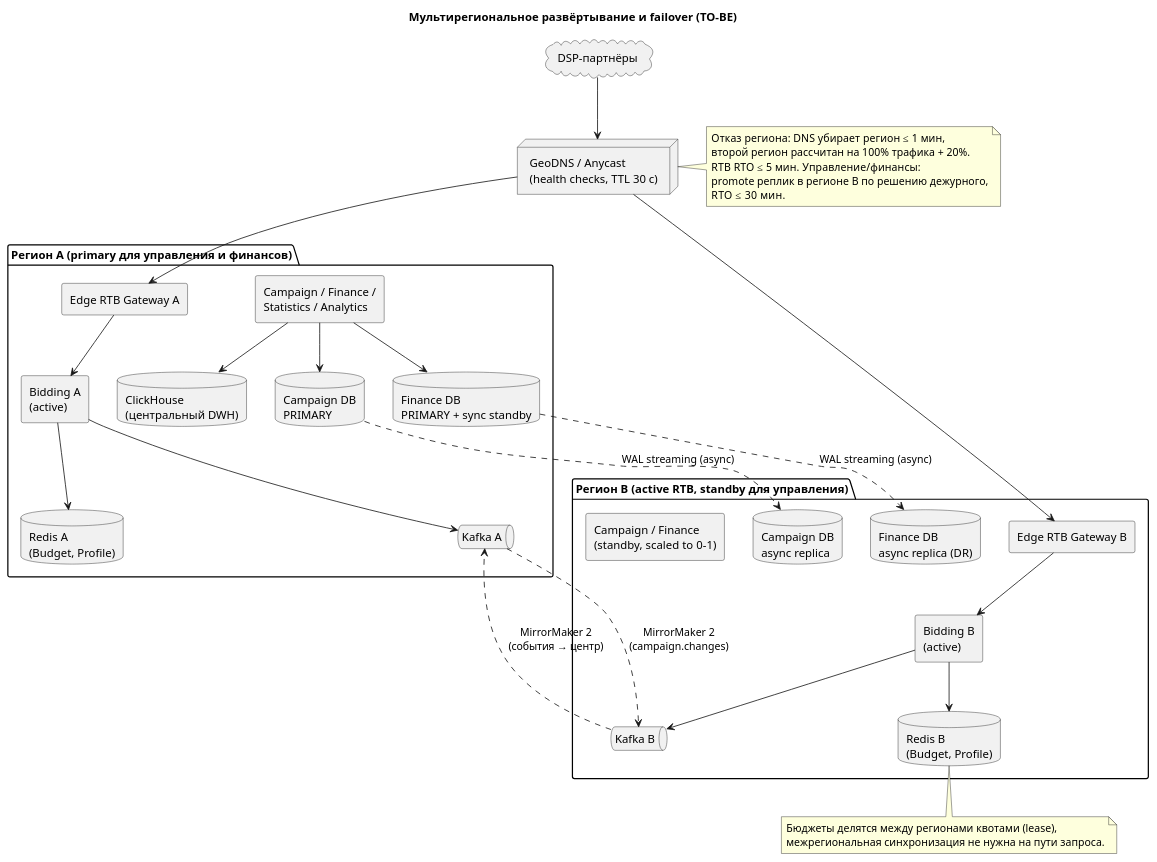
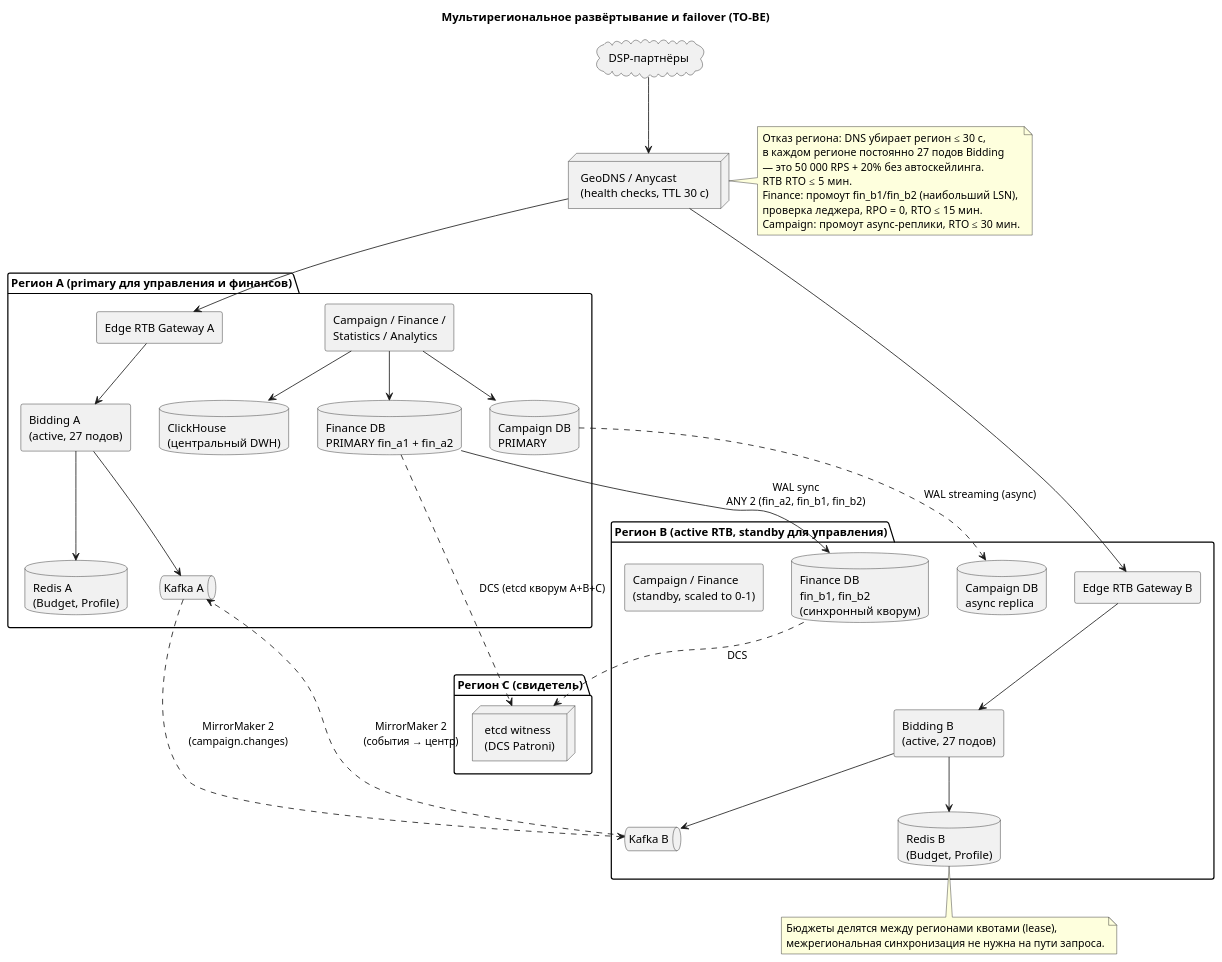
One commit to gru1988/Solution-AdScale changed the diagram in Task3/diagrams/multi-region-failover.puml. Above: the diagram before and after it, drawn with PlantUML. The commit also changed 3 other files, not shown here.

```diff
--- a/Task3/diagrams/multi-region-failover.puml
+++ b/Task3/diagrams/multi-region-failover.puml
@@ -1,60 +1,69 @@
 @startuml
 title Мультирегиональное развёртывание и failover (TO-BE)
 
 skinparam componentStyle rectangle
 
 cloud "DSP-партнёры" as dsp
 node "GeoDNS / Anycast\n(health checks, TTL 30 с)" as dns
 
 package "Регион A (primary для управления и финансов)" {
   [Edge RTB Gateway A] as gwA
-  [Bidding A\n(active)] as bidA
+  [Bidding A\n(active, 27 подов)] as bidA
   database "Redis A\n(Budget, Profile)" as redisA
   queue "Kafka A" as kA
   database "Campaign DB\nPRIMARY" as campA
-  database "Finance DB\nPRIMARY + sync standby" as finA
+  database "Finance DB\nPRIMARY fin_a1 + fin_a2" as finA
   database "ClickHouse\n(центральный DWH)" as chA
   [Campaign / Finance /\nStatistics / Analytics] as svcA
 }
 
 package "Регион B (active RTB, standby для управления)" {
   [Edge RTB Gateway B] as gwB
-  [Bidding B\n(active)] as bidB
+  [Bidding B\n(active, 27 подов)] as bidB
   database "Redis B\n(Budget, Profile)" as redisB
   queue "Kafka B" as kB
   database "Campaign DB\nasync replica" as campB
-  database "Finance DB\nasync replica (DR)" as finB
+  database "Finance DB\nfin_b1, fin_b2\n(синхронный кворум)" as finB
   [Campaign / Finance\n(standby, scaled to 0–1)] as svcB
+}
+
+package "Регион C (свидетель)" {
+  node "etcd witness\n(DCS Patroni)" as witness
 }
 
 dsp --> dns
 dns --> gwA
 dns --> gwB
 gwA --> bidA
 gwB --> bidB
 bidA --> redisA
 bidB --> redisB
 bidA --> kA
 bidB --> kB
 svcA --> campA
 svcA --> finA
 svcA --> chA
 
 kB ..> kA : MirrorMaker 2\n(события → центр)
 kA ..> kB : MirrorMaker 2\n(campaign.changes)
 campA ..> campB : WAL streaming (async)
-finA ..> finB : WAL streaming (async)
+finA --> finB : WAL sync\nANY 2 (fin_a2, fin_b1, fin_b2)
+
+finA ..> witness : DCS (etcd кворум A+B+C)
+finB ..> witness : DCS
 
 note bottom of redisB
   Бюджеты делятся между регионами квотами (lease),
   межрегиональная синхронизация не нужна на пути запроса.
 end note
 
 note right of dns
-  Отказ региона: DNS убирает регион ≤ 1 мин,
-  второй регион рассчитан на 100% трафика + 20%.
-  RTB RTO ≤ 5 мин. Управление/финансы:
-  promote реплик в регионе B по решению дежурного,
-  RTO ≤ 30 мин.
+  Отказ региона: DNS убирает регион ≤ 30 с,
+  в каждом регионе постоянно 27 подов Bidding
+  — это 50 000 RPS + 20% без автоскейлинга.
+  RTB RTO ≤ 5 мин.
+  Finance: промоут fin_b1/fin_b2 (наибольший LSN),
+  проверка леджера, RPO = 0, RTO ≤ 15 мин.
+  Campaign: промоут async-реплики, RTO ≤ 30 мин.
 end note
 @enduml
```
